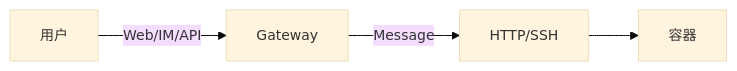
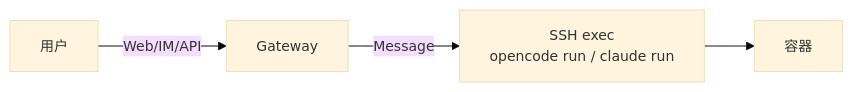
Before and after one commit to csoulnd/InferTechNote: the fourth of 8 diagrams in CodeAgent/docs/gateway_arch.md, drawn with Mermaid. The commit also changed other lines of this file, not shown here.

Commit message:
add message path technical implementation details

````diff
--- a/CodeAgent/docs/gateway_arch.md
+++ b/CodeAgent/docs/gateway_arch.md
@@ -109,7 +109,7 @@
 ```mermaid
 %%{init: {'theme': 'base', 'themeVariables': { 'fontSize': '14px'}}}%%
 flowchart LR
     USER["用户"] -- Web/IM/API --> GW["Gateway"]
-    GW -- Message --> HTTP["HTTP/SSH"]
-    HTTP --> CT["容器"]
+    GW -- Message --> SSH["SSH exec<br/>opencode run / claude run"]
+    SSH --> CT["容器"]
 ```
````
